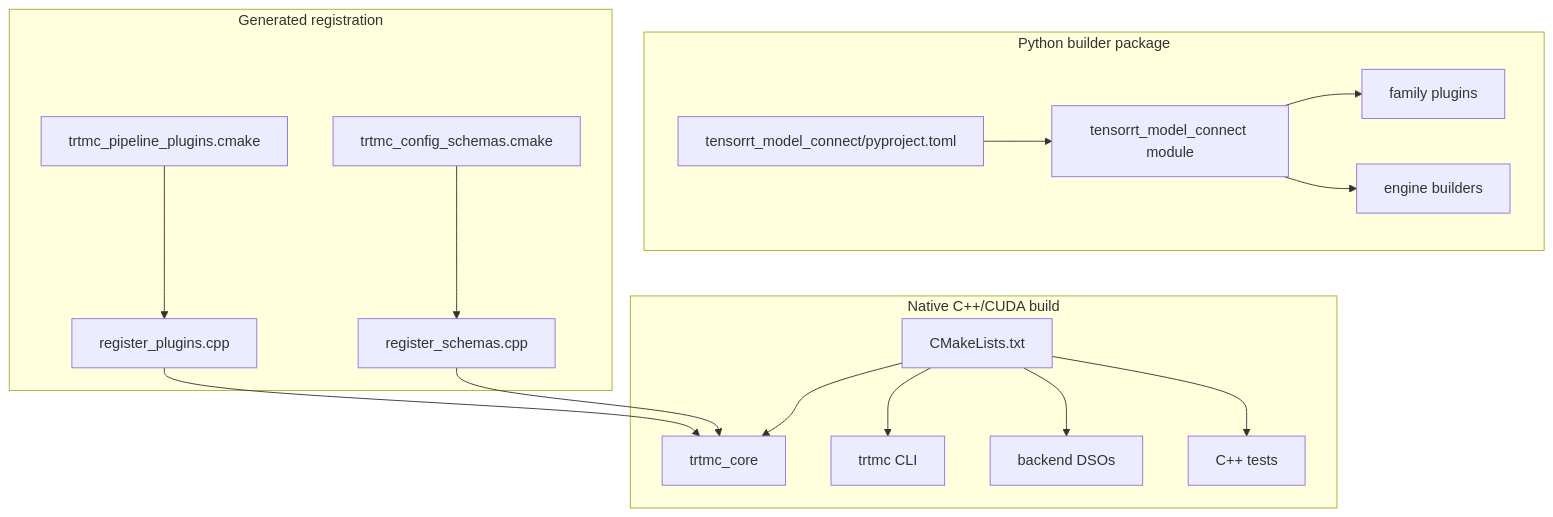
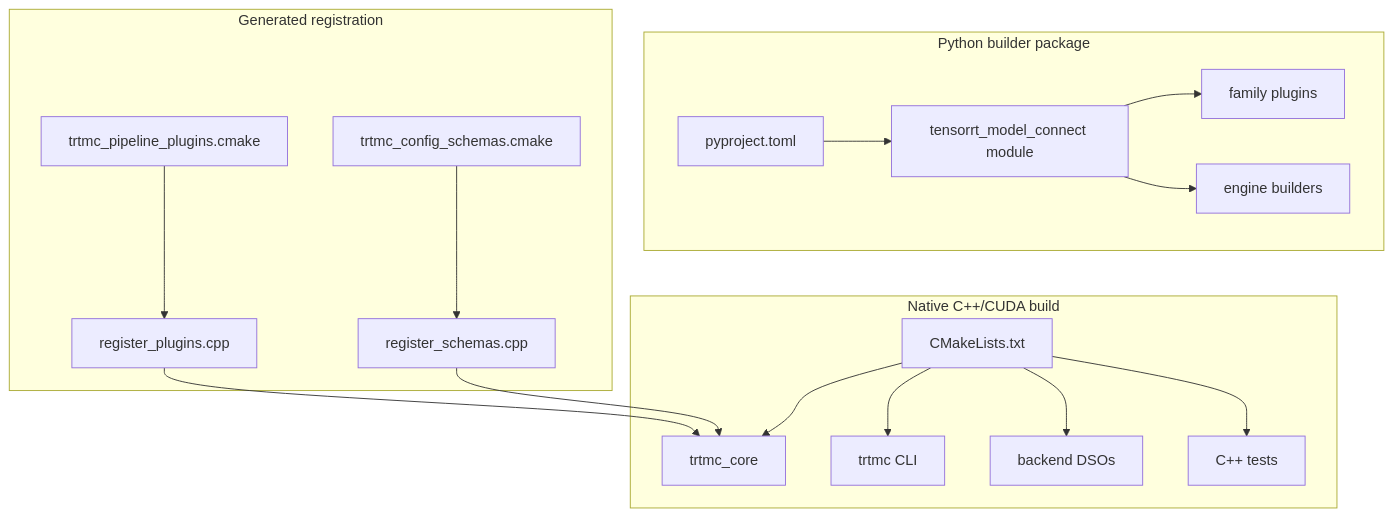
The first of 2 diagrams in website/docs/architecture/build-system.md (AbishekCoder1/TensorRT-Model-Connect), drawn with Mermaid before and after one commit. The commit also changed other lines of this file and 439 other files, not shown here.

````diff
--- a/website/docs/architecture/build-system.md
+++ b/website/docs/architecture/build-system.md
@@ -7,23 +7,23 @@
 ```mermaid
 flowchart TB
   subgraph Native["Native C++/CUDA build"]
     CMake["CMakeLists.txt"] --> Core["trtmc_core"]
     CMake --> CLI["trtmc CLI"]
     CMake --> Backends["backend DSOs"]
     CMake --> Tests["C++ tests"]
   end
 
   subgraph Python["Python builder package"]
-    PyProj["tensorrt_model_connect/pyproject.toml"] --> BuilderModule["tensorrt_model_connect module"]
+    PyProj["pyproject.toml"] --> BuilderModule["tensorrt_model_connect module"]
     BuilderModule --> Families["family plugins"]
     BuilderModule --> Engines["engine builders"]
   end
 
   subgraph Generated["Generated registration"]
     ManifestPlugins["trtmc_pipeline_plugins.cmake"] --> RegPlugins["register_plugins.cpp"]
     ManifestSchemas["trtmc_config_schemas.cmake"] --> RegSchemas["register_schemas.cpp"]
   end
 
   RegPlugins --> Core
   RegSchemas --> Core
 ```
````
